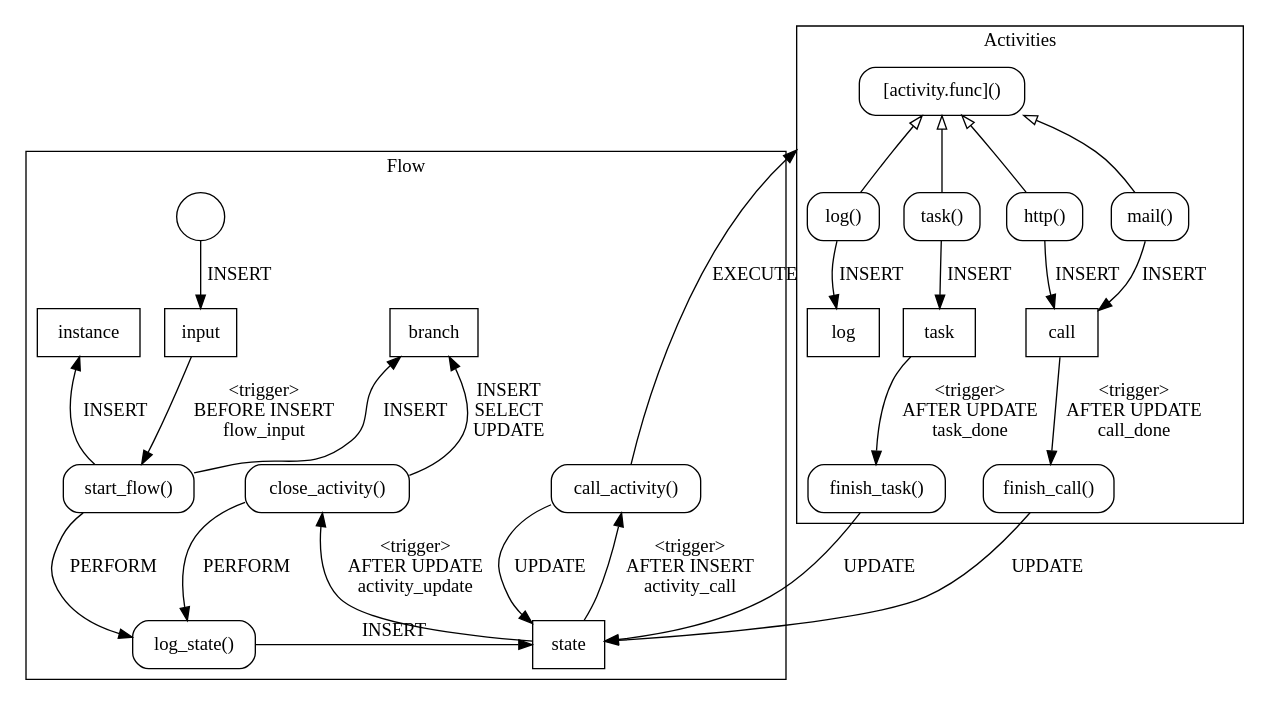
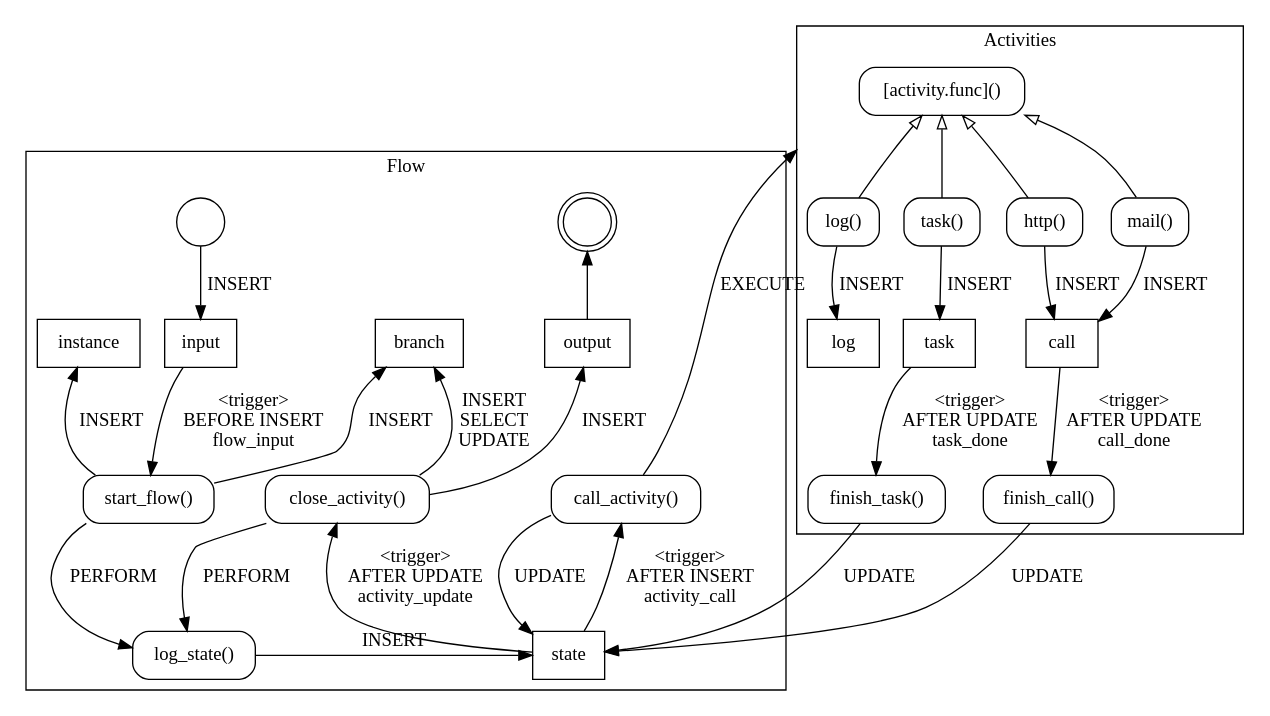
Before and after one commit to dgf/pgx-flow: the diagram in doc/flow.dot, drawn with Graphviz. The commit also changed 2 other files, not shown here.

Commit message:
output the end

```diff
--- a/doc/flow.dot
+++ b/doc/flow.dot
@@ -1,82 +1,87 @@
 digraph graph_flow {
   compound=true
 
   subgraph cluster_flow {
     label="Flow"
     start [shape=circle, label=""]
+    end [shape=doublecircle, label=""]
 
     // tables
     node [shape=box, style=solid]
     branch [label="branch"]
     input [label="input"]
     instance [label="instance"]
+    output [label="output"]
     state [label="state"]
 
     // functions
     node [shape=box, style=rounded]
     call_activity [label="call_activity()"]
     close_activity [label="close_activity()"]
     log_state [label="log_state()"]
     start_flow [label="start_flow()"]
 
     // trigger
     input -> start_flow [label="<trigger>\nBEFORE INSERT\nflow_input"]
     state -> call_activity [label="<trigger>\nAFTER INSERT\nactivity_call"]
     state -> close_activity [label="<trigger>\nAFTER UPDATE\nactivity_update"]
 
     // flow
     call_activity -> state [label="UPDATE"]
     close_activity -> branch [label="INSERT\nSELECT\nUPDATE"]
     close_activity -> log_state [label="PERFORM"]
+    close_activity -> output [label="INSERT"]
     log_state -> state [label="INSERT"]
+    output -> end
     start_flow -> {instance; branch} [label="INSERT"]
     start_flow -> log_state [label="PERFORM"]
+    start -> input [label="INSERT"]
 
     // layout
-    {rank=same; input instance branch}
+    {rank=same; start end}
+    {rank=same; input instance branch output}
     {rank=same; start_flow close_activity call_activity}
     {rank=same; log_state state}
   }
 
   subgraph cluster_activities {
     label="Activities"
 
     // tables
     node [shape=box, style=solid]
     call [label="call"]
     log [label="log"]
     task [label="task"]
 
     // functions
     node [shape=box, style=rounded]
     activity_function [label="[activity.func]()"]
     finish_call [label="finish_call()"]
     finish_task [label="finish_task()"]
     http_activity [label="http()"]
     log_activity [label="log()"]
     mail_activity [label="mail()"]
     task_activity [label="task()"]
 
     // trigger
     call -> finish_call [label="<trigger>\nAFTER UPDATE\ncall_done"]
     task -> finish_task [label="<trigger>\nAFTER UPDATE\ntask_done"]
 
     // flow
     http_activity -> call [label="INSERT"]
     log_activity -> log [label="INSERT"]
     mail_activity -> call [label="INSERT"]
     task_activity -> task [label="INSERT"]
 
     // implements
     edge [arrowtail=empty, dir=back]
     activity_function -> http_activity
     activity_function -> log_activity
     activity_function -> mail_activity
     activity_function -> task_activity
   }
 
   call_activity -> activity_function [label="EXECUTE", lhead=cluster_activities]
   finish_task -> state [label="UPDATE"]
   finish_call -> state [label="UPDATE"]
-  start -> input [label="INSERT"]
 }
```
